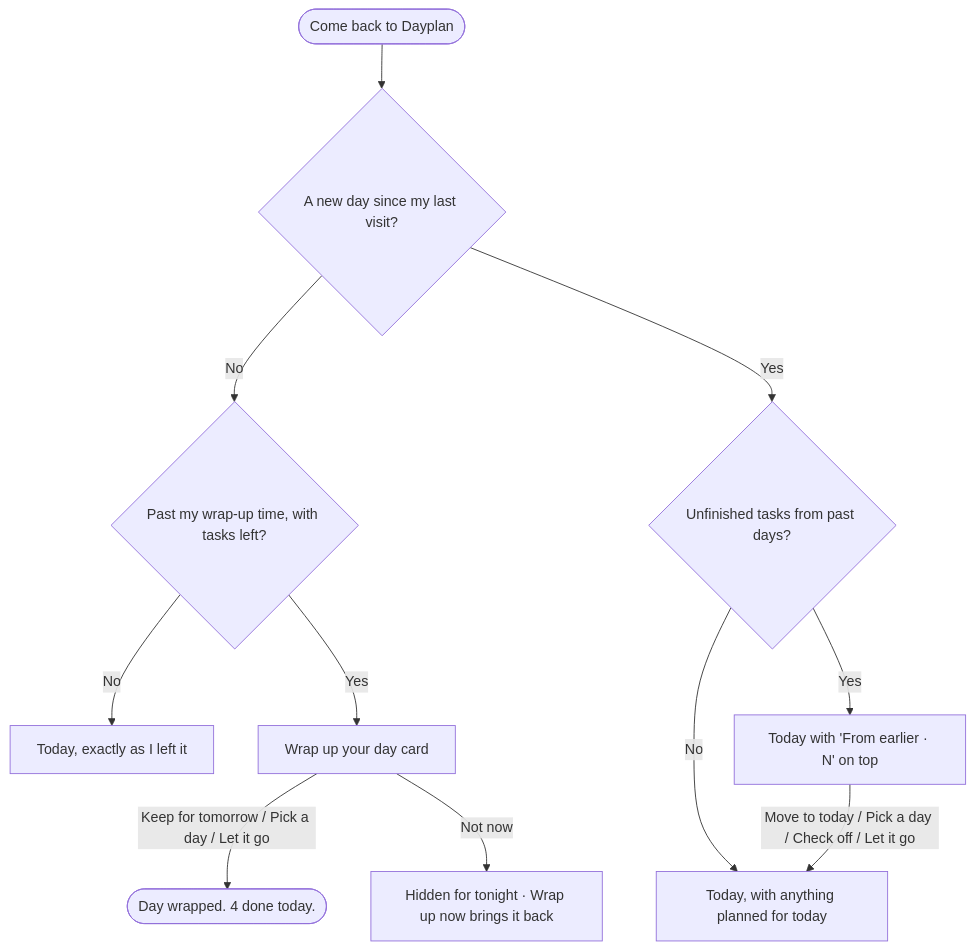
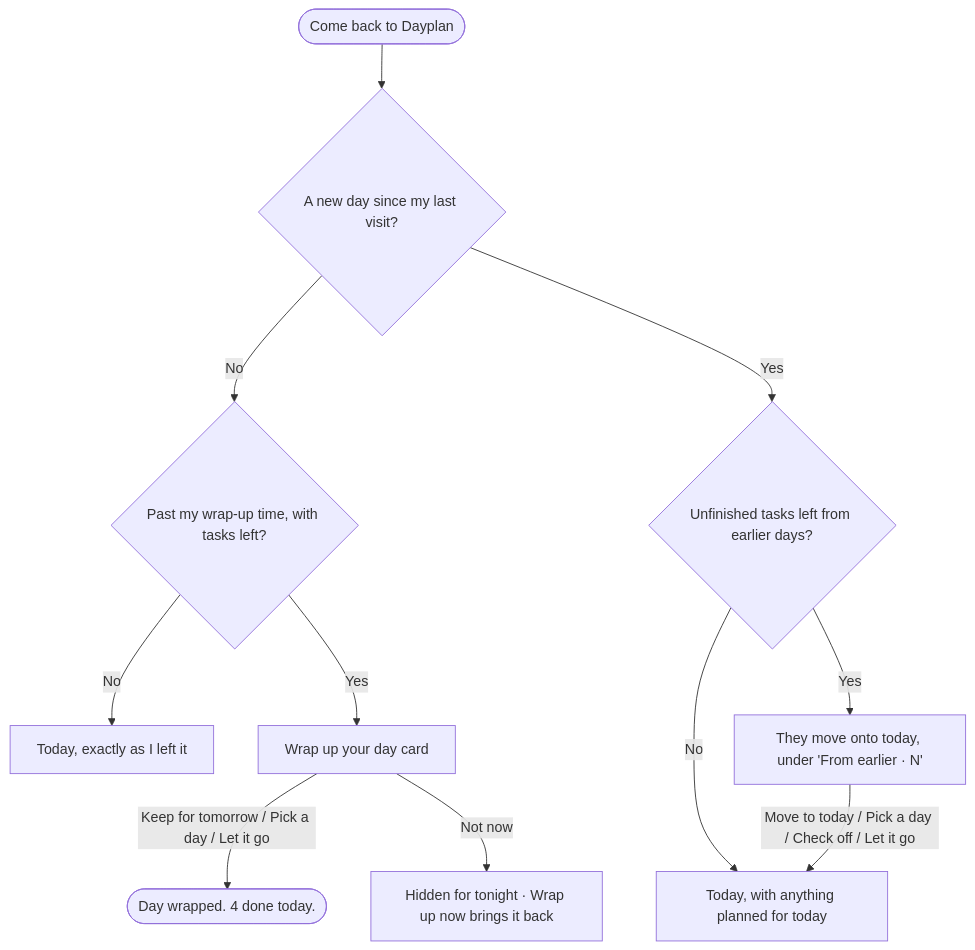
Before and after one commit to neilpandya01/hw3-dbs: the third of 3 diagrams in README.md, drawn with Mermaid. The commit also changed 10 other files, not shown here.

````diff
--- a/README.md
+++ b/README.md
@@ -46,13 +46,13 @@
 ```mermaid
 flowchart TD
   A([Come back to Dayplan]) --> B{A new day since my last visit?}
   B -- No --> C{Past my wrap-up time, with tasks left?}
   C -- No --> T[Today, exactly as I left it]
   C -- Yes --> W[Wrap up your day card]
   W -- Keep for tomorrow / Pick a day / Let it go --> X(["Day wrapped. 4 done today."])
   W -- Not now --> N[Hidden for tonight · Wrap up now brings it back]
-  B -- Yes --> E{Unfinished tasks from past days?}
+  B -- Yes --> E{Unfinished tasks left from earlier days?}
   E -- No --> P[Today, with anything planned for today]
-  E -- Yes --> F["Today with 'From earlier · N' on top"]
+  E -- Yes --> F["They move onto today, under 'From earlier · N'"]
   F -- Move to today / Pick a day / Check off / Let it go --> P
 ```
````
